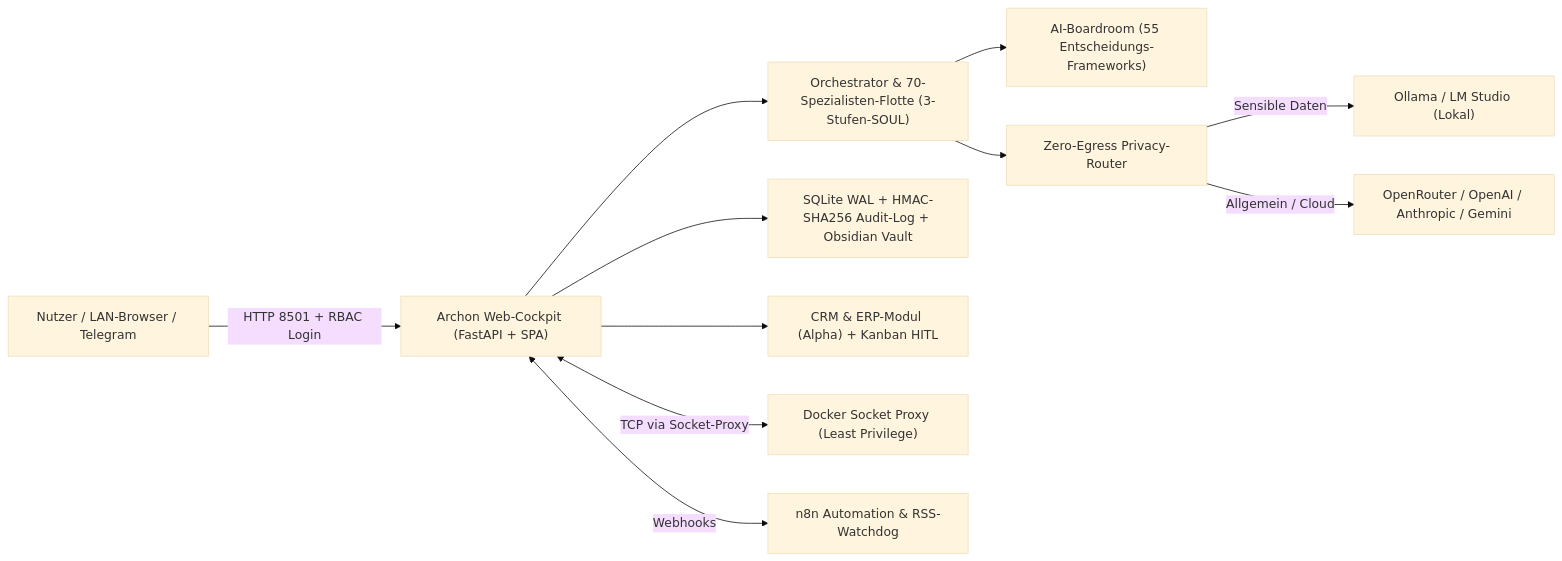
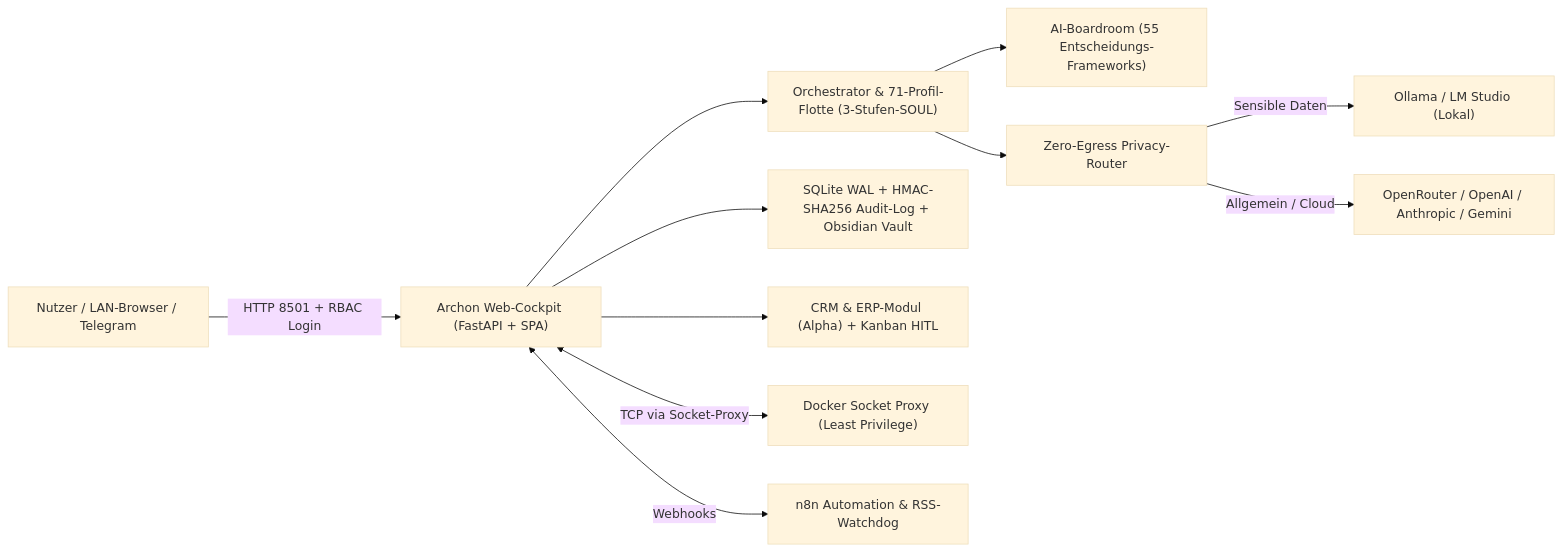
Before and after one commit to michaelbeatman/ARCHON-OS: the diagram in README.de.md, drawn with Mermaid (base theme). The commit also changed other lines of this file and 70 other files, not shown here.

````diff
--- a/README.de.md
+++ b/README.de.md
@@ -157,13 +157,13 @@
 ```mermaid
 flowchart LR
     U["Nutzer / LAN-Browser / Telegram"] -->|HTTP 8501 + RBAC Login| UI["Archon Web-Cockpit (FastAPI + SPA)"]
-    UI --> OR["Orchestrator & 70-Spezialisten-Flotte (3-Stufen-SOUL)"]
+    UI --> OR["Orchestrator & 71-Profil-Flotte (3-Stufen-SOUL)"]
     OR --> BR["AI-Boardroom (55 Entscheidungs-Frameworks)"]
     OR --> PR["Zero-Egress Privacy-Router"]
     PR -->|Sensible Daten| LOC["Ollama / LM Studio (Lokal)"]
     PR -->|Allgemein / Cloud| CLD["OpenRouter / OpenAI / Anthropic / Gemini"]
     UI --> DB["SQLite WAL + HMAC-SHA256 Audit-Log + Obsidian Vault"]
     UI --> ERP["CRM & ERP-Modul (Alpha) + Kanban HITL"]
     UI <-->|TCP via Socket-Proxy| DOC["Docker Socket Proxy (Least Privilege)"]
     UI <-->|Webhooks| N8N["n8n Automation & RSS-Watchdog"]
 ```
````
